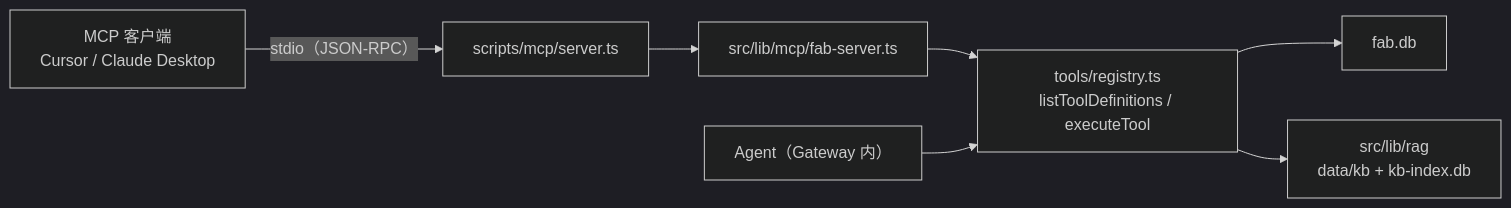
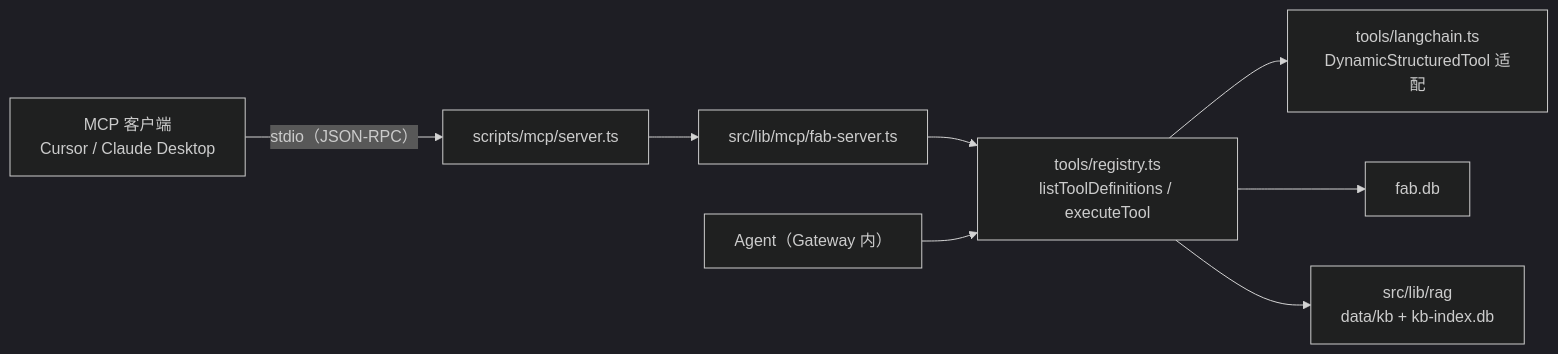
One commit to sunguchuan/star-track-demo changed the second of 2 diagrams in docs/ai-gateway.md. Above: the diagram before and after it, drawn with Mermaid (dark theme). The commit also changed other lines of this file and 6 other files, not shown here.

First line of the commit message:
用 LangChain StructuredTool 适配现有产线与知识库工具

````diff
--- a/docs/ai-gateway.md
+++ b/docs/ai-gateway.md
@@ -588,9 +588,10 @@
 ```mermaid
 flowchart LR
   C["MCP 客户端<br/>Cursor / Claude Desktop"] -- "stdio（JSON-RPC）" --> S["scripts/mcp/server.ts"]
   S --> F["src/lib/mcp/fab-server.ts"]
   F --> R["tools/registry.ts<br/>listToolDefinitions / executeTool"]
+  R --> LC["tools/langchain.ts<br/>DynamicStructuredTool 适配"]
   R --> D["fab.db"]
   R --> K["src/lib/rag<br/>data/kb + kb-index.db"]
   A["Agent（Gateway 内）"] --> R
 ```
````
